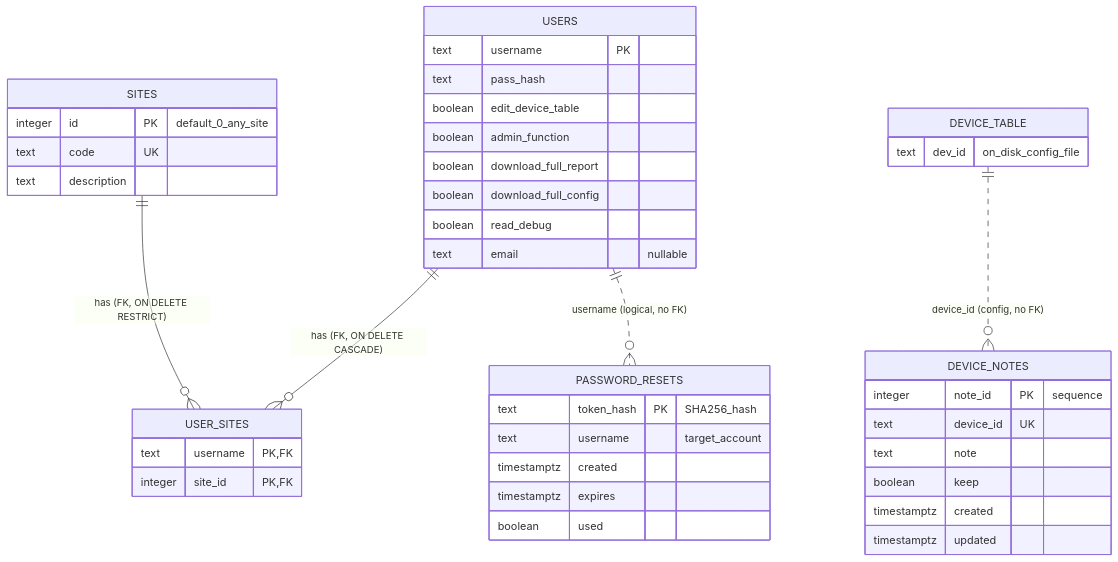
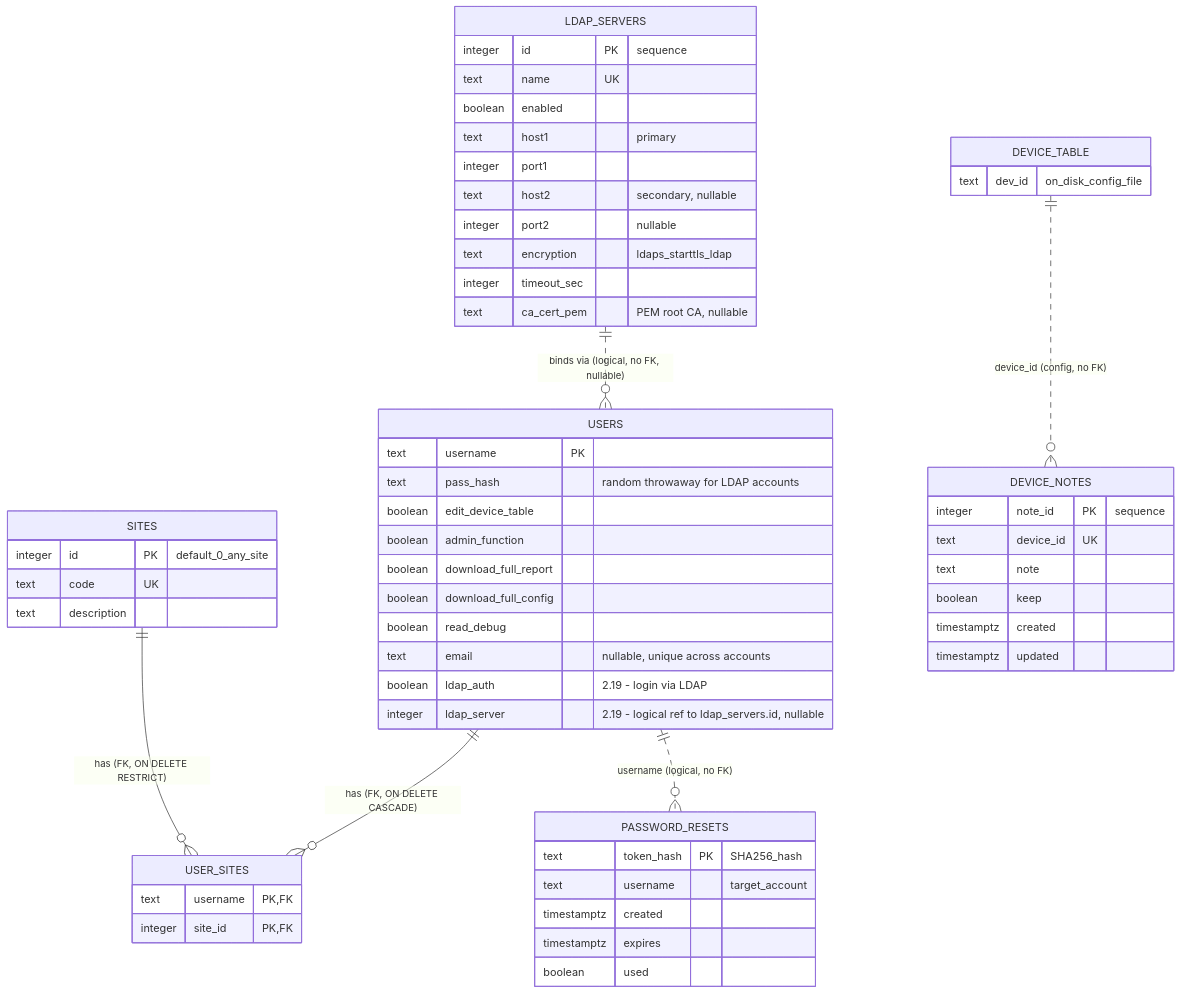
Before and after one commit to rainer-tammer/fetchconfig-web: the second of 6 diagrams in DEVELOPER.md, drawn with Mermaid. The commit also changed other lines of this file and 39 other files, not shown here.

````diff
--- a/DEVELOPER.md
+++ b/DEVELOPER.md
@@ -535,45 +614,60 @@
 ```mermaid
 erDiagram
     USERS            ||--o{ USER_SITES      : "has (FK, ON DELETE CASCADE)"
     SITES            ||--o{ USER_SITES      : "has (FK, ON DELETE RESTRICT)"
     USERS            ||..o{ PASSWORD_RESETS : "username (logical, no FK)"
+    LDAP_SERVERS     ||..o{ USERS           : "binds via (logical, no FK, nullable)"
     DEVICE_TABLE     ||..o{ DEVICE_NOTES    : "device_id (config, no FK)"
 
     USERS {
         text username PK
-        text pass_hash
+        text pass_hash "random throwaway for LDAP accounts"
         boolean edit_device_table
         boolean admin_function
         boolean download_full_report
         boolean download_full_config
         boolean read_debug
-        text email "nullable"
+        text email "nullable, unique across accounts"
+        boolean ldap_auth "2.19 - login via LDAP"
+        integer ldap_server "2.19 - logical ref to ldap_servers.id, nullable"
+    }
+    LDAP_SERVERS {
+        integer id PK "sequence"
+        text name UK
+        boolean enabled
+        text host1 "primary"
+        integer port1
+        text host2 "secondary, nullable"
+        integer port2 "nullable"
+        text encryption "ldaps_starttls_ldap"
+        integer timeout_sec
+        text ca_cert_pem "PEM root CA, nullable"
     }
     SITES {
         integer id PK "default_0_any_site"
         text code UK
         text description
     }
     USER_SITES {
         text username PK,FK
         integer site_id PK,FK
     }
     PASSWORD_RESETS {
         text token_hash PK "SHA256_hash"
         text username "target_account"
         timestamptz created
         timestamptz expires
         boolean used
     }
     DEVICE_NOTES {
         integer note_id PK "sequence"
         text device_id UK
         text note
         boolean keep
         timestamptz created
         timestamptz updated
     }
     DEVICE_TABLE {
         text dev_id "on_disk_config_file"
     }
 ```
````
